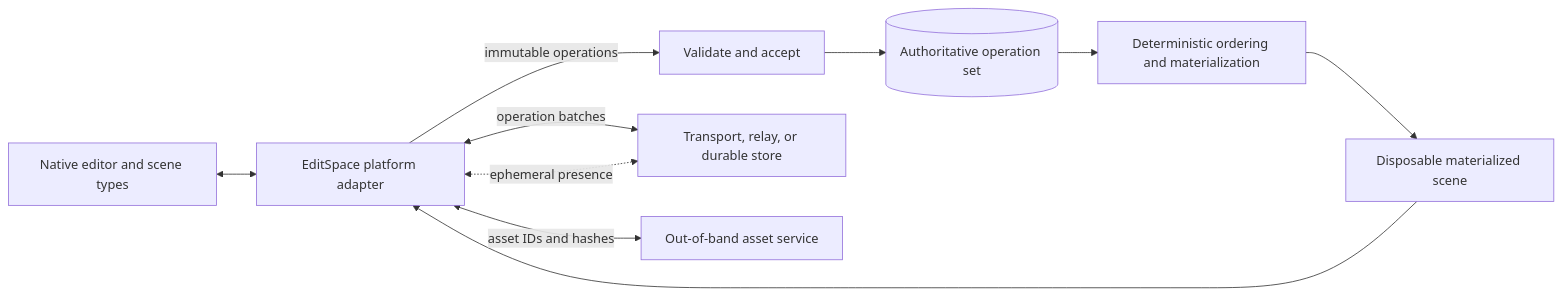
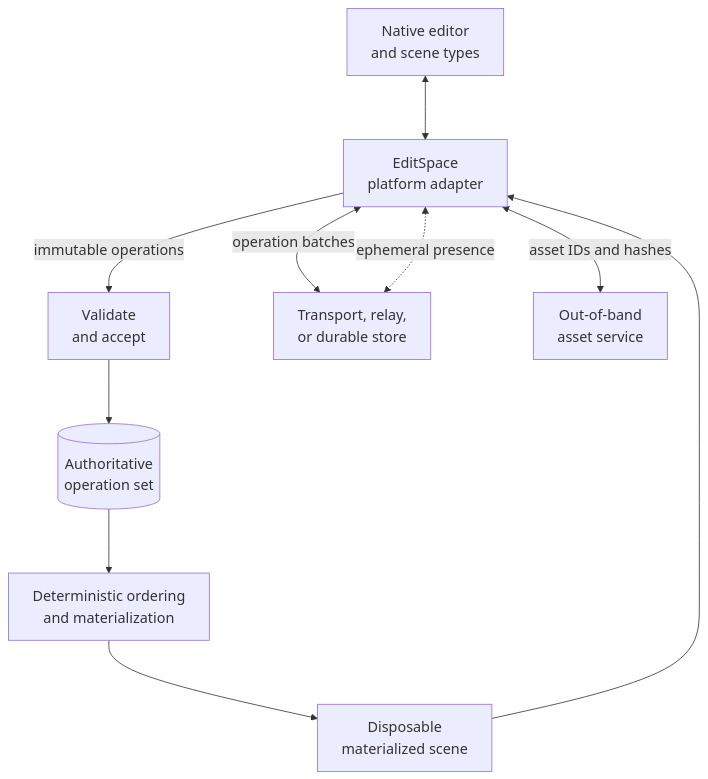
Before and after one commit to graphitedesignlabs/EditSpace: the diagram in README.md, drawn with Mermaid. The commit also changed other lines of this file and 1 other file, not shown here.

Commit message:
Add EditSpace compliance badge

````diff
--- a/README.md
+++ b/README.md
@@ -36,13 +38,14 @@
 ```mermaid
-flowchart LR
-    Editor[Native editor and scene types] <--> Adapter[EditSpace platform adapter]
-    Adapter -->|immutable operations| Validator[Validate and accept]
-    Validator --> Log[(Authoritative operation set)]
-    Log --> Order[Deterministic ordering and materialization]
-    Order --> Scene[Disposable materialized scene]
+%%{init: {"flowchart": {"nodeSpacing": 60, "rankSpacing": 80}, "themeVariables": {"fontSize": "18px"}}}%%
+flowchart TB
+    Editor["Native editor<br/>and scene types"] <--> Adapter["EditSpace<br/>platform adapter"]
+    Adapter -->|"immutable operations"| Validator["Validate<br/>and accept"]
+    Validator --> Log[("Authoritative<br/>operation set")]
+    Log --> Order["Deterministic ordering<br/>and materialization"]
+    Order --> Scene["Disposable<br/>materialized scene"]
     Scene --> Adapter
 
-    Adapter <-->|operation batches| Relay[Transport, relay, or durable store]
-    Adapter <-.->|ephemeral presence| Relay
-    Adapter <-->|asset IDs and hashes| Assets[Out-of-band asset service]
+    Adapter <-->|"operation batches"| Relay["Transport, relay,<br/>or durable store"]
+    Adapter <-.->|"ephemeral presence"| Relay
+    Adapter <-->|"asset IDs and hashes"| Assets["Out-of-band<br/>asset service"]
 ```
````
